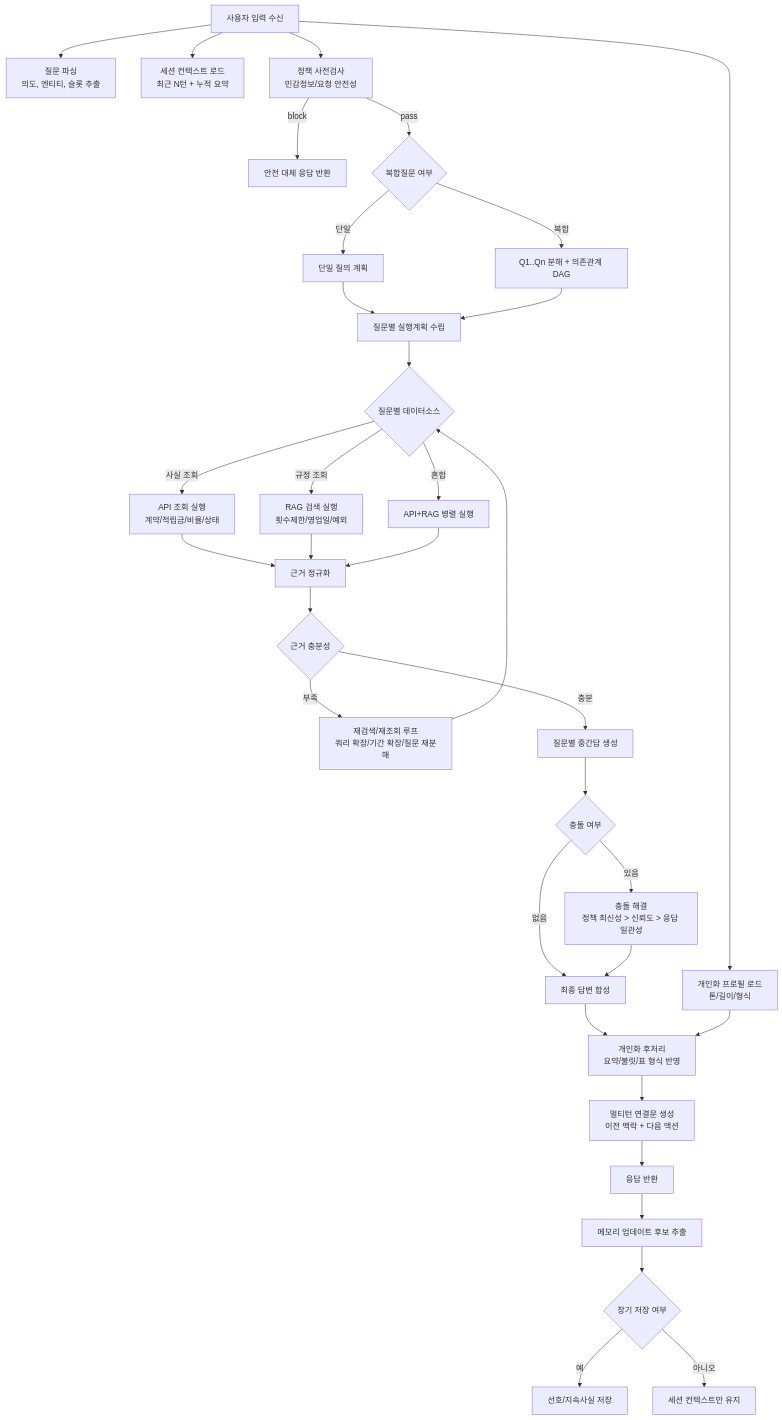
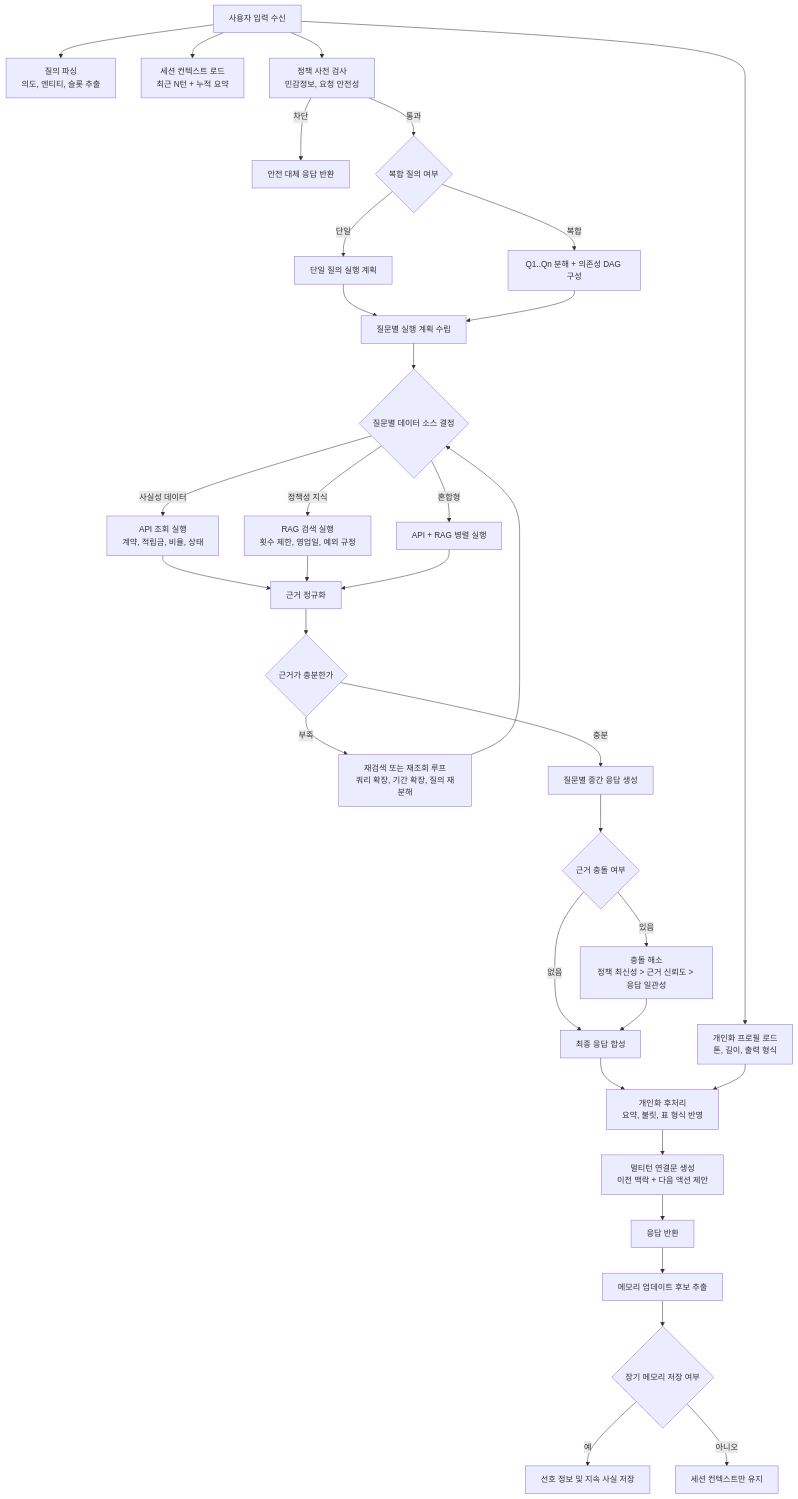
One commit to kijungchoi-hub/aia-multiturn-with-llm-and-rag changed the diagram in docs/multiturn-dialog-flow-advanced.md. Above: the diagram before and after it, drawn with Mermaid. The commit also changed other lines of this file and 7 other files, not shown here.

````diff
--- a/docs/multiturn-dialog-flow-advanced.md
+++ b/docs/multiturn-dialog-flow-advanced.md
@@ -52,45 +52,45 @@
 ```mermaid
 flowchart TD
-    A[사용자 입력 수신] --> B[질문 파싱<br/>의도, 엔티티, 슬롯 추출]
+    A[사용자 입력 수신] --> B[질의 파싱<br/>의도, 엔티티, 슬롯 추출]
     A --> C[세션 컨텍스트 로드<br/>최근 N턴 + 누적 요약]
-    A --> D[개인화 프로필 로드<br/>톤/길이/형식]
-    A --> P[정책 사전검사<br/>민감정보/요청 안전성]
+    A --> D[개인화 프로필 로드<br/>톤, 길이, 출력 형식]
+    A --> P[정책 사전 검사<br/>민감정보, 요청 안전성]
 
-    P -->|block| PX[안전 대체 응답 반환]
-    P -->|pass| E{복합질문 여부}
+    P -->|차단| PX[안전 대체 응답 반환]
+    P -->|통과| E{복합 질의 여부}
 
-    E -->|단일| F1[단일 질의 계획]
-    E -->|복합| F2[Q1..Qn 분해 + 의존관계 DAG]
+    E -->|단일| F1[단일 질의 실행 계획]
+    E -->|복합| F2[Q1..Qn 분해 + 의존성 DAG 구성]
 
     F1 --> G
-    F2 --> G[질문별 실행계획 수립]
+    F2 --> G[질문별 실행 계획 수립]
 
-    G --> H{질문별 데이터소스}
-    H -->|사실 조회| I[API 조회 실행<br/>계약/적립금/비율/상태]
-    H -->|규정 조회| J[RAG 검색 실행<br/>횟수제한/영업일/예외]
-    H -->|혼합| K[API+RAG 병렬 실행]
+    G --> H{질문별 데이터 소스 결정}
+    H -->|사실성 데이터| I[API 조회 실행<br/>계약, 적립금, 비율, 상태]
+    H -->|정책성 지식| J[RAG 검색 실행<br/>횟수 제한, 영업일, 예외 규정]
+    H -->|혼합형| K[API + RAG 병렬 실행]
 
     I --> L[근거 정규화]
     J --> L
     K --> L
 
-    L --> M{근거 충분성}
-    M -->|부족| N[재검색/재조회 루프<br/>쿼리 확장/기간 확장/질문 재분해]
+    L --> M{근거가 충분한가}
+    M -->|부족| N[재검색 또는 재조회 루프<br/>쿼리 확장, 기간 확장, 질의 재분해]
     N --> H
-    M -->|충분| O[질문별 중간답 생성]
+    M -->|충분| O[질문별 중간 응답 생성]
 
-    O --> Q{충돌 여부}
-    Q -->|있음| R[충돌 해결<br/>정책 최신성 > 신뢰도 > 응답 일관성]
+    O --> Q{근거 충돌 여부}
+    Q -->|있음| R[충돌 해소<br/>정책 최신성 > 근거 신뢰도 > 응답 일관성]
     Q -->|없음| S
-    R --> S[최종 답변 합성]
+    R --> S[최종 응답 합성]
 
-    S --> T[개인화 후처리<br/>요약/불릿/표 형식 반영]
+    S --> T[개인화 후처리<br/>요약, 불릿, 표 형식 반영]
     D --> T
-    T --> U[멀티턴 연결문 생성<br/>이전 맥락 + 다음 액션]
+    T --> U[멀티턴 연결문 생성<br/>이전 맥락 + 다음 액션 제안]
     U --> V[응답 반환]
 
     V --> W[메모리 업데이트 후보 추출]
-    W --> X{장기 저장 여부}
-    X -->|예| Y[선호/지속사실 저장]
+    W --> X{장기 메모리 저장 여부}
+    X -->|예| Y[선호 정보 및 지속 사실 저장]
     X -->|아니오| Z[세션 컨텍스트만 유지]
 ```
````
